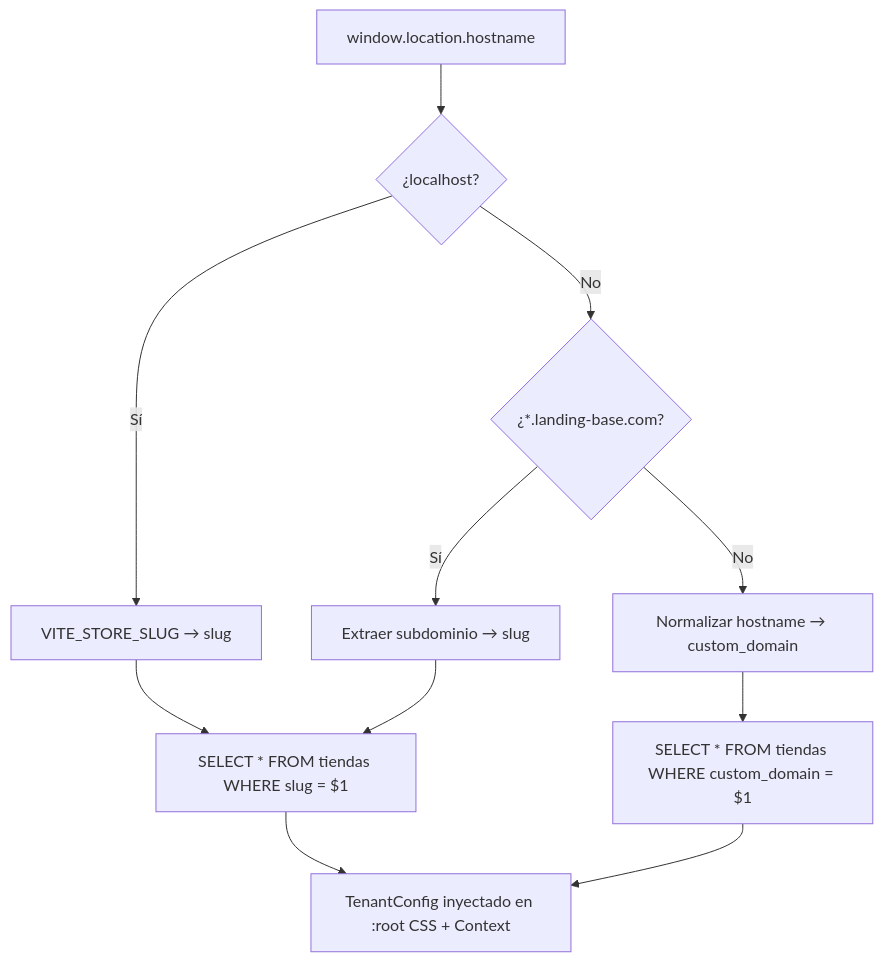
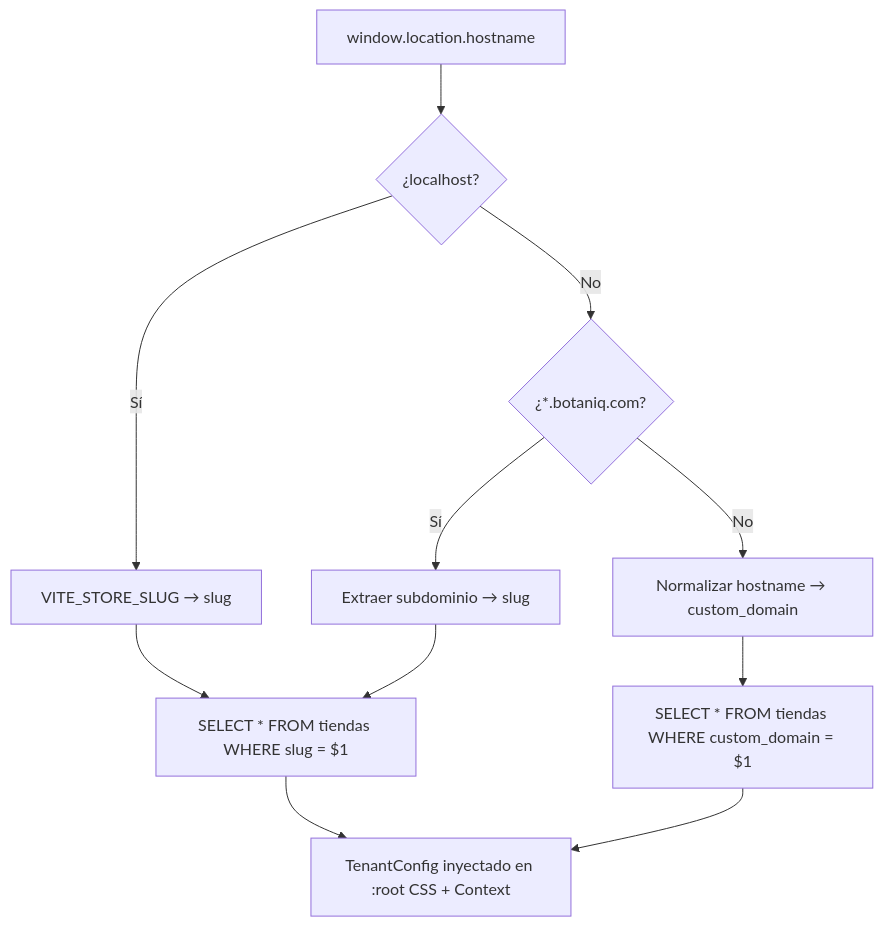
Before and after one commit to VSTLABOON/Landing-Base: the first of 3 diagrams in README.md, drawn with Mermaid. The commit also changed other lines of this file and 43 other files, not shown here.

````diff
--- a/README.md
+++ b/README.md
@@ -94,13 +94,13 @@
 ```mermaid
 flowchart TD
     A["window.location.hostname"] --> B{¿localhost?}
     B -->|Sí| C["VITE_STORE_SLUG → slug"]
-    B -->|No| D{"¿*.landing-base.com?"}
+    B -->|No| D{"¿*.botaniq.com?"}
     D -->|Sí| E["Extraer subdominio → slug"]
     D -->|No| F["Normalizar hostname → custom_domain"]
     C --> G["SELECT * FROM tiendas WHERE slug = $1"]
     E --> G
     F --> H["SELECT * FROM tiendas WHERE custom_domain = $1"]
     G --> I["TenantConfig inyectado en :root CSS + Context"]
     H --> I
 ```
````
